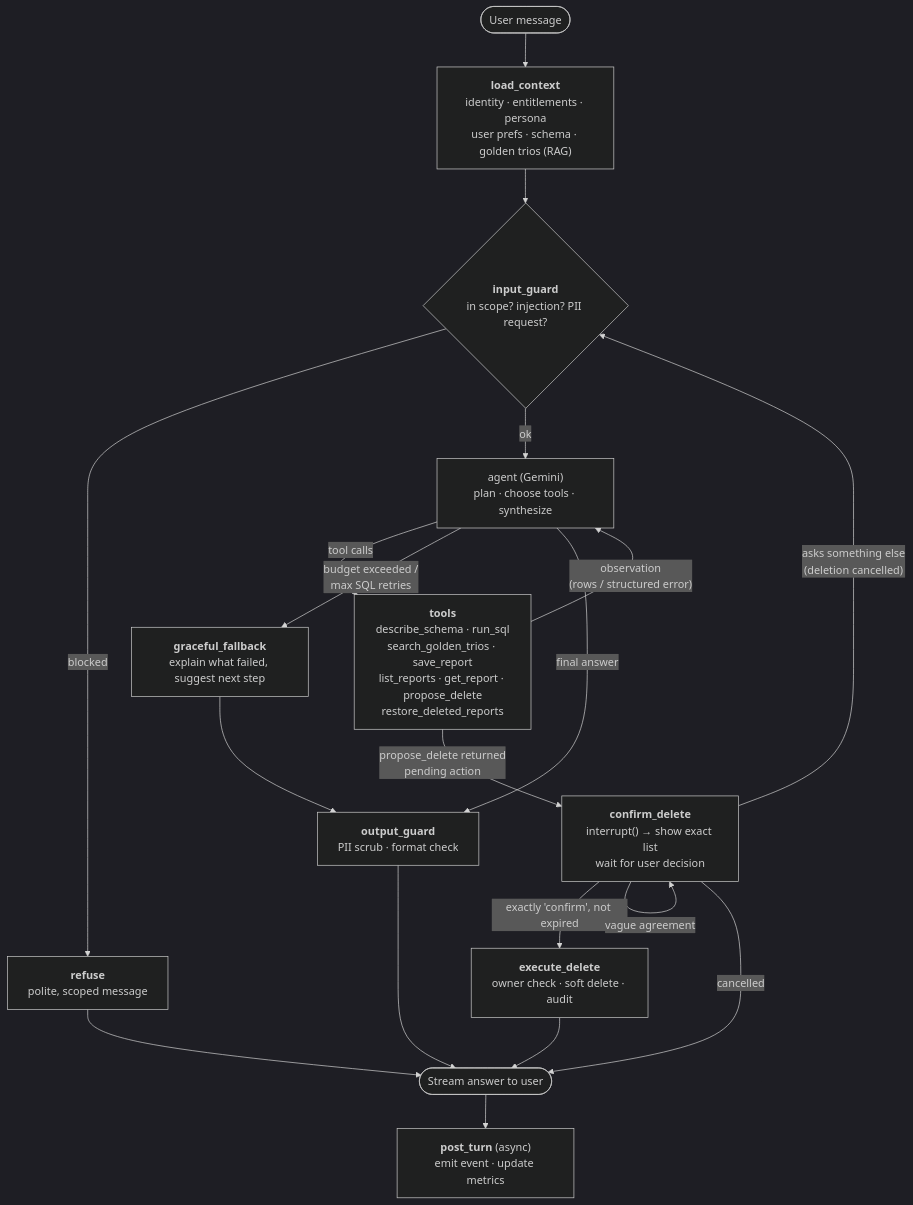
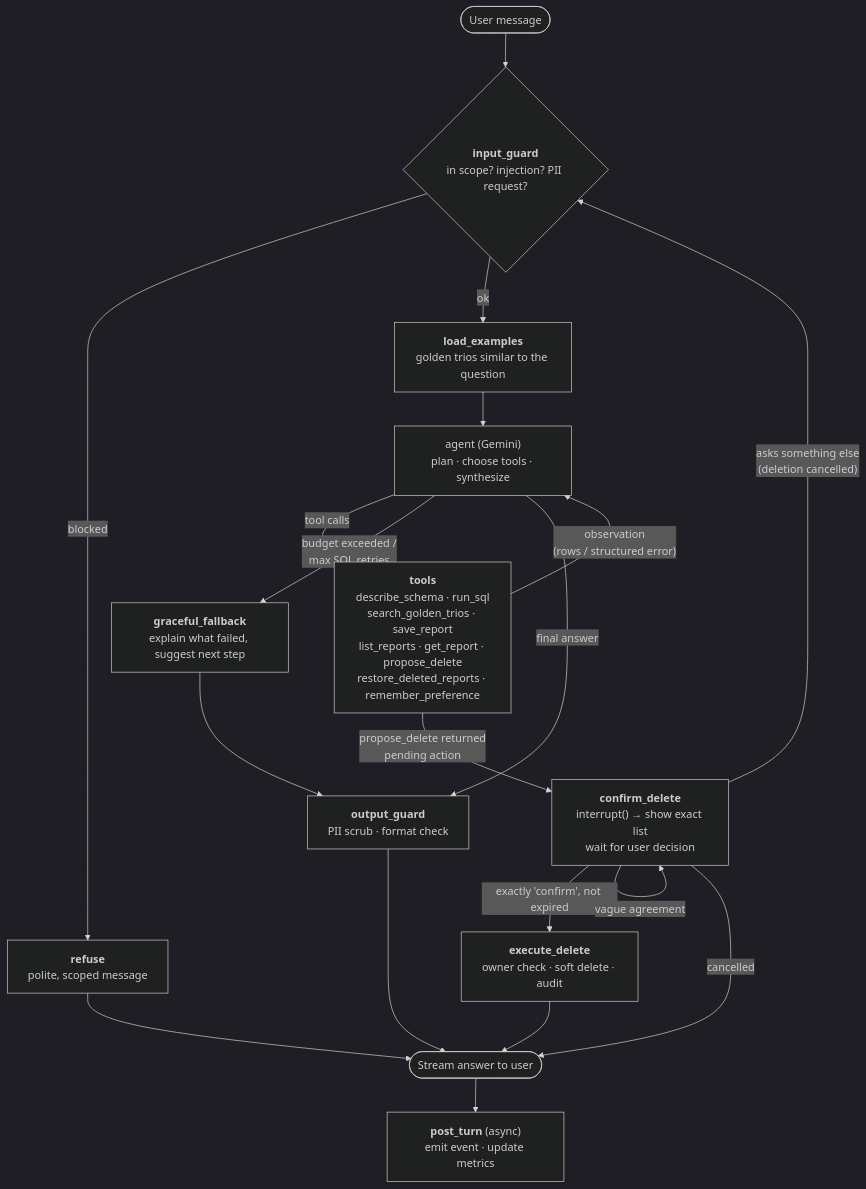
The second of 8 diagrams in docs/architecture.md (jbernardobvdias/ai-challange), drawn with Mermaid (dark theme) before and after one commit. The commit also changed other lines of this file and 32 other files, not shown here.

````diff
--- a/docs/architecture.md
+++ b/docs/architecture.md
@@ -148,24 +148,24 @@
 ```mermaid
 flowchart TD
-    START([User message]) --> LOAD["<b>load_context</b><br/>identity · entitlements · persona<br/>user prefs · schema · golden trios (RAG)"]
-    LOAD --> IG{"<b>input_guard</b><br/>in scope? injection? PII request?"}
+    START([User message]) --> IG{"<b>input_guard</b><br/>in scope? injection? PII request?"}
     IG -- "blocked" --> REFUSE["<b>refuse</b><br/>polite, scoped message"]
-    IG -- "ok" --> AGENT["agent (Gemini)<br/>plan · choose tools · synthesize"]
+    IG -- "ok" --> EXAMPLES["<b>load_examples</b><br/>golden trios similar to the question"]
+    EXAMPLES --> AGENT["agent (Gemini)<br/>plan · choose tools · synthesize"]
 
-    AGENT -- "tool calls" --> TOOLS["<b>tools</b><br/>describe_schema · run_sql<br/>search_golden_trios · save_report<br/>list_reports · get_report · propose_delete<br/>restore_deleted_reports"]
+    AGENT -- "tool calls" --> TOOLS["<b>tools</b><br/>describe_schema · run_sql<br/>search_golden_trios · save_report<br/>list_reports · get_report · propose_delete<br/>restore_deleted_reports · remember_preference"]
     TOOLS -- "observation<br/>(rows / structured error)" --> AGENT
 
     TOOLS -- "propose_delete returned<br/>pending action" --> CONFIRM["<b>confirm_delete</b><br/>interrupt() → show exact list<br/>wait for user decision"]
     CONFIRM -- "exactly 'confirm', not expired" --> EXEC["<b>execute_delete</b><br/>owner check · soft delete · audit"]
     CONFIRM -- "vague agreement" --> CONFIRM
     CONFIRM -- "cancelled" --> OUT
     CONFIRM -- "asks something else<br/>(deletion cancelled)" --> IG
     EXEC --> OUT
 
     AGENT -- "budget exceeded /<br/>max SQL retries" --> GIVEUP["<b>graceful_fallback</b><br/>explain what failed, suggest next step"]
     AGENT -- "final answer" --> OG["<b>output_guard</b><br/>PII scrub · format check"]
     GIVEUP --> OG
     REFUSE --> OUT
     OG --> OUT([Stream answer to user])
     OUT --> POST["<b>post_turn</b> (async)<br/>emit event · update metrics"]
 ```
````
